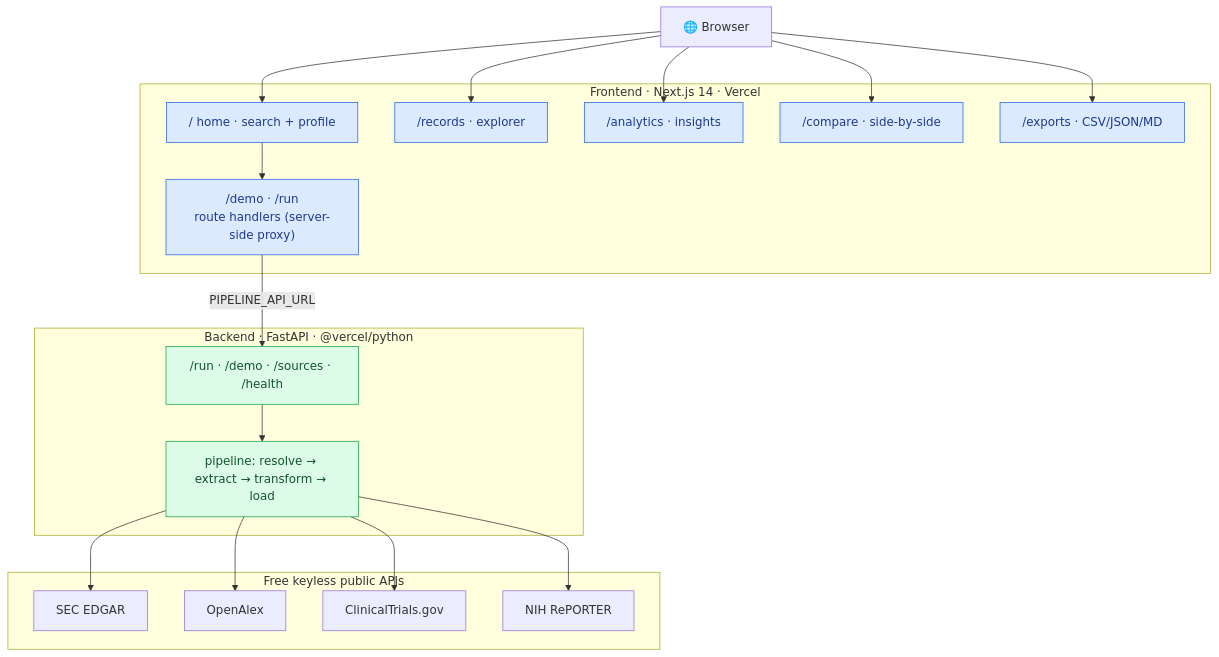
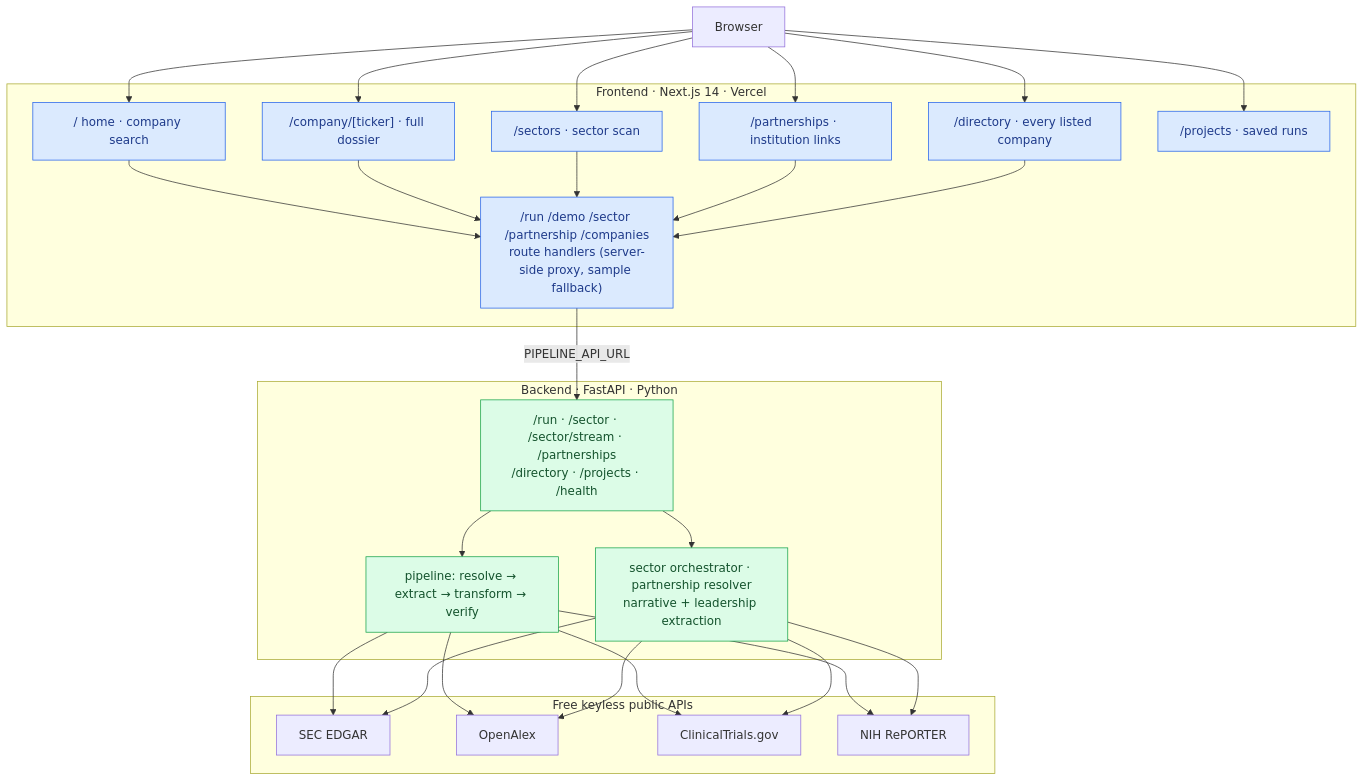
The second of 11 diagrams in README.md (AidanColvin/dossier), drawn with Mermaid before and after one commit. The commit also changed other lines of this file and 29 other files, not shown here.

````diff
--- a/README.md
+++ b/README.md
@@ -93,36 +93,39 @@
 ```mermaid
 flowchart TB
-    B["🌐 Browser"]
+    B["Browser"]
 
     subgraph FE["Frontend · Next.js 14 · Vercel"]
-        HOME["/ home · search + profile"]
-        REC["/records · explorer"]
-        INS["/analytics · insights"]
-        CMP["/compare · side-by-side"]
-        EXP["/exports · CSV/JSON/MD"]
-        DEMO["/demo · /run<br/>route handlers (server-side proxy)"]
+        HOME["/ home · company search"]
+        CO["/company/[ticker] · full dossier"]
+        SE["/sectors · sector scan"]
+        PA["/partnerships · institution links"]
+        DI["/directory · every listed company"]
+        PR["/projects · saved runs"]
+        PX["/run /demo /sector /partnership /companies<br/>route handlers (server-side proxy, sample fallback)"]
     end
 
-    subgraph BE["Backend · FastAPI · @vercel/python"]
-        API["/run · /demo · /sources · /health"]
-        PIPE["pipeline: resolve → extract → transform → load"]
+    subgraph BE["Backend · FastAPI · Python"]
+        API["/run · /sector · /sector/stream · /partnerships<br/>/directory · /projects · /health"]
+        PIPE["pipeline: resolve → extract → transform → verify"]
+        ORCH["sector orchestrator · partnership resolver<br/>narrative + leadership extraction"]
     end
 
     subgraph SRC["Free keyless public APIs"]
         SEC["SEC EDGAR"]
         OA["OpenAlex"]
         CT["ClinicalTrials.gov"]
         NIH["NIH RePORTER"]
     end
 
-    B --> HOME & REC & INS & CMP & EXP
-    HOME --> DEMO
-    DEMO -- "PIPELINE_API_URL" --> API
-    API --> PIPE
+    B --> HOME & CO & SE & PA & DI & PR
+    HOME & CO & SE & PA & DI --> PX
+    PX -- "PIPELINE_API_URL" --> API
+    API --> PIPE & ORCH
     PIPE --> SEC & OA & CT & NIH
+    ORCH --> SEC & OA & CT & NIH
 
     classDef fe fill:#dbeafe,stroke:#2563eb,color:#1e3a8a;
     classDef be fill:#dcfce7,stroke:#16a34a,color:#14532d;
-    class HOME,REC,INS,CMP,EXP,DEMO fe;
-    class API,PIPE be;
+    class HOME,CO,SE,PA,DI,PR,PX fe;
+    class API,PIPE,ORCH be;
 ```
````
